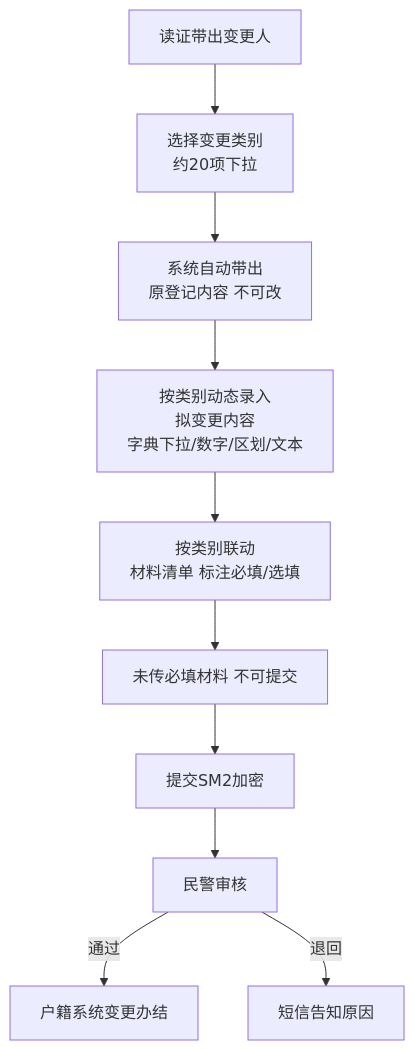
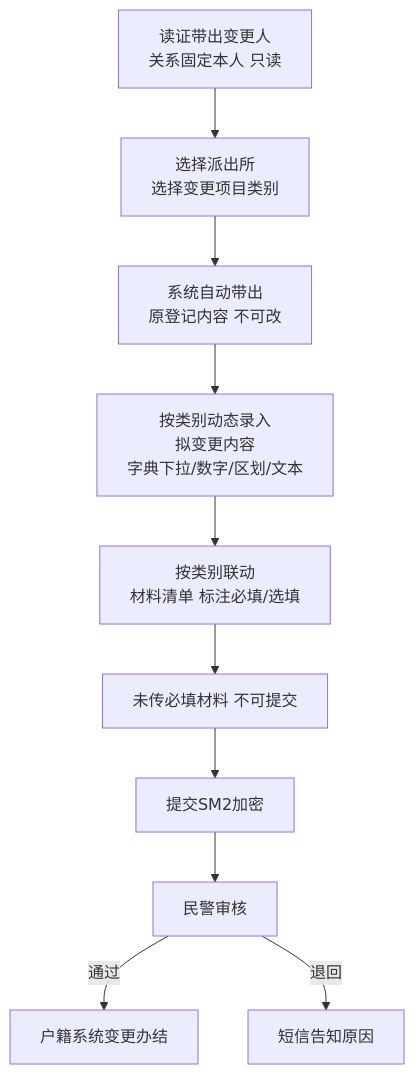
The fifth of 8 diagrams in 户政业务功能说明.md (ikid-zhang/linzhi-miniprogram-prototype), drawn with Mermaid before and after one commit. The commit also changed other lines of this file, not shown here.

````diff
--- a/户政业务功能说明.md
+++ b/户政业务功能说明.md
@@ -321,11 +302,11 @@
 ```mermaid
 flowchart TD
-    A[读证带出变更人] --> B[选择变更类别<br/>约20项下拉]
+    A[读证带出变更人<br/>关系固定本人 只读] --> B[选择派出所<br/>选择变更项目类别]
     B --> C[系统自动带出<br/>原登记内容 不可改]
     C --> D[按类别动态录入<br/>拟变更内容<br/>字典下拉/数字/区划/文本]
     D --> E[按类别联动<br/>材料清单 标注必填/选填]
     E --> F[未传必填材料 不可提交]
     F --> G[提交SM2加密] --> H[民警审核]
     H -->|通过| I[户籍系统变更办结]
     H -->|退回| R[短信告知原因]
 ```
````
